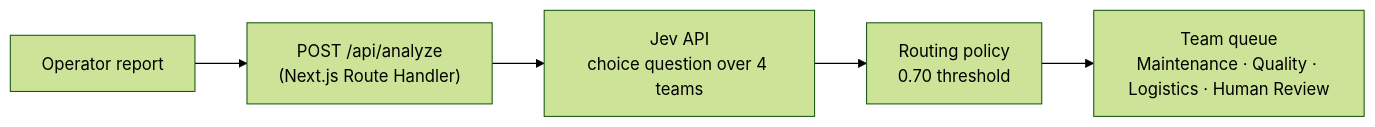
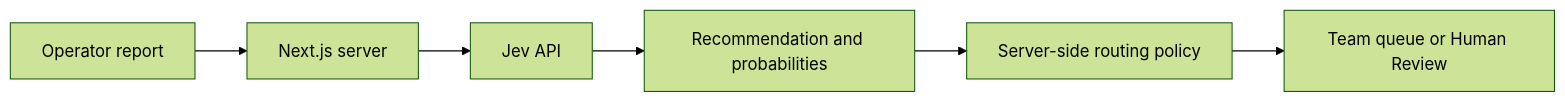
One commit to gokhankrbg/factory-dispatch changed the diagram in README.md. Above: the diagram before and after it, drawn with Mermaid (forest theme). The commit also changed other lines of this file, not shown here.

````diff
--- a/README.md
+++ b/README.md
@@ -46,7 +11,8 @@
 ```mermaid
 flowchart LR
-    A[Operator report] --> B["POST /api/analyze<br/>(Next.js Route Handler)"]
-    B --> C["Jev API<br/>choice question over 4 teams"]
-    C --> D["Routing policy<br/>0.70 threshold"]
-    D --> E["Team queue<br/>Maintenance · Quality · Logistics · Human Review"]
+    A[Operator report] --> B[Next.js server]
+    B --> C[Jev API]
+    C --> D[Recommendation and probabilities]
+    D --> E[Server-side routing policy]
+    E --> F[Team queue or Human Review]
 ```
````
